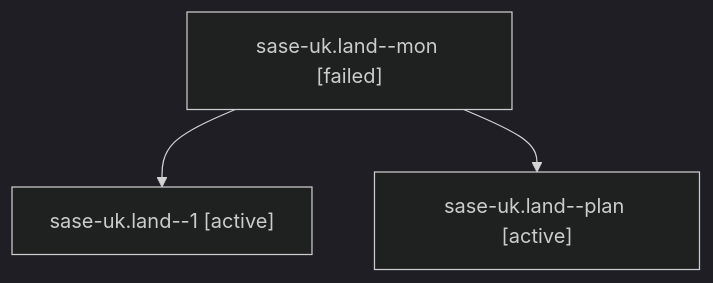
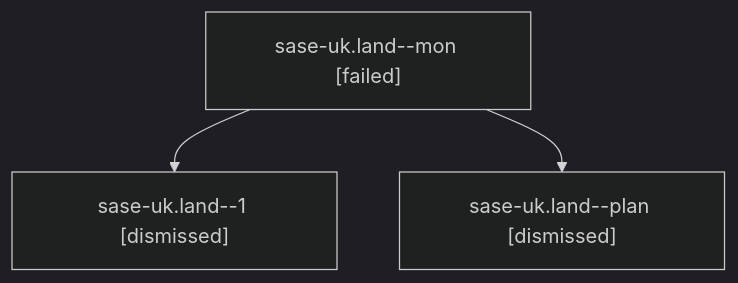
Before and after one commit to sase-org/sase--agents: the diagram in sessions/bbugyi200.athena.sase-uk.land.md, drawn with Mermaid (dark theme). The commit also changed other lines of this file and 380 other files, not shown here.

````diff
--- a/sessions/bbugyi200.athena.sase-uk.land.md
+++ b/sessions/bbugyi200.athena.sase-uk.land.md
@@ -9,8 +9,8 @@
 ```mermaid
 flowchart TD
   n0["sase-uk.land--mon [failed]"]
-  n1["sase-uk.land--1 [active]"]
+  n1["sase-uk.land--1 [dismissed]"]
   n0 --> n1
-  n2["sase-uk.land--plan [active]"]
+  n2["sase-uk.land--plan [dismissed]"]
   n0 --> n2
 ```
````
